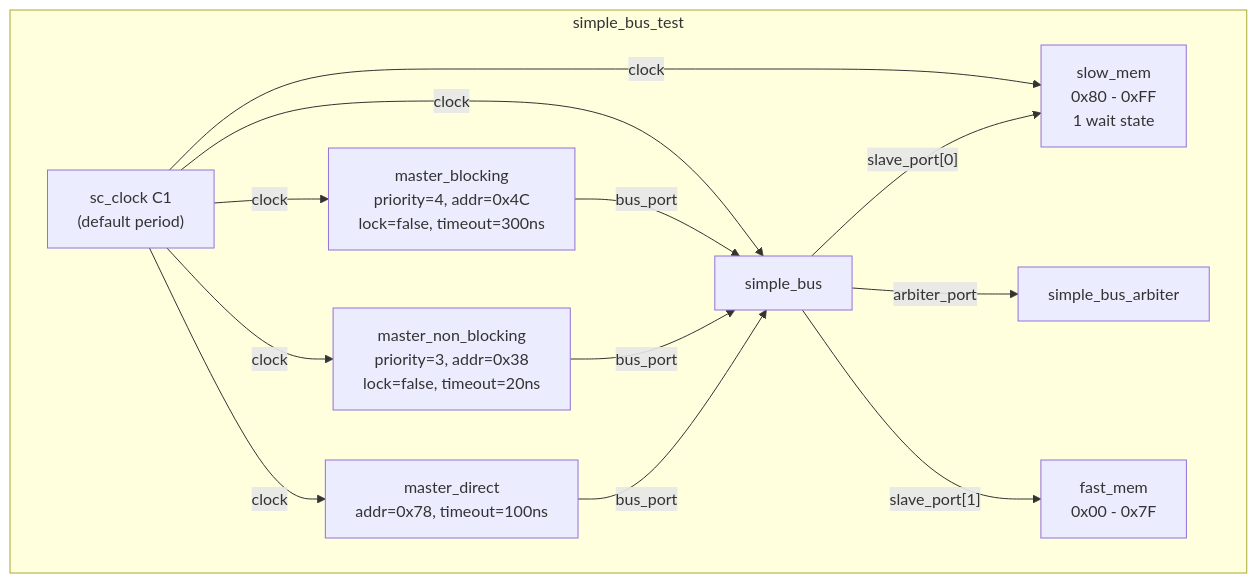
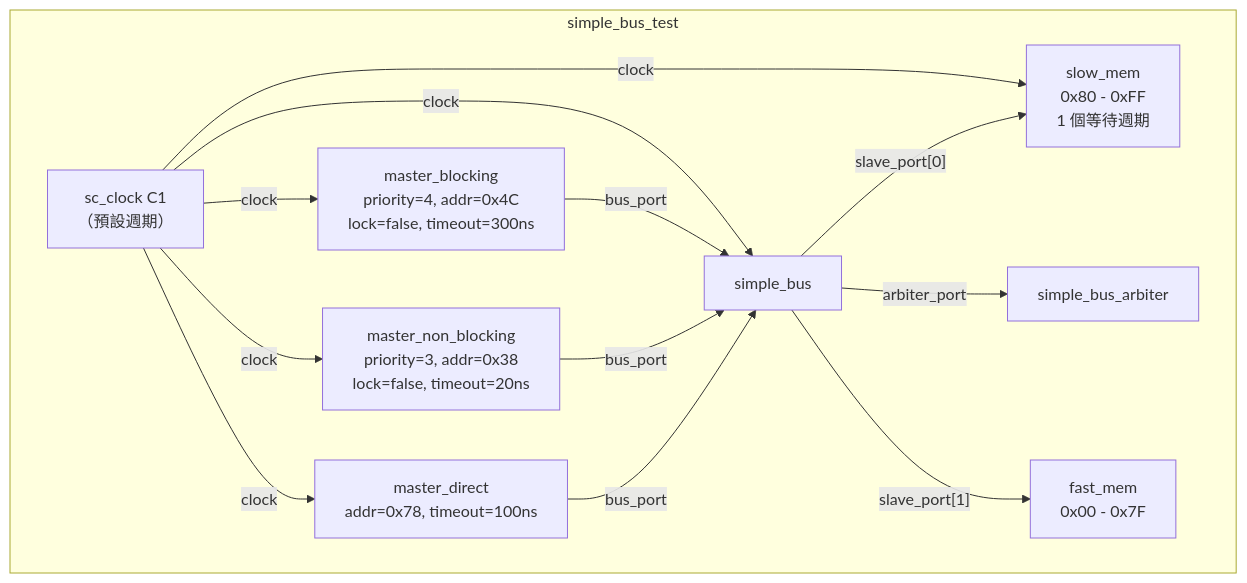
The first of 2 diagrams in doc_v2/examples/code/sysc/simple_bus/main.md (abc1199281lab-cmd/systemc_notes), drawn with Mermaid before and after one commit. The commit also changed other lines of this file and 8 other files, not shown here.

````diff
--- a/doc_v2/examples/code/sysc/simple_bus/main.md
+++ b/doc_v2/examples/code/sysc/simple_bus/main.md
@@ -33,30 +33,30 @@
 ```mermaid
 graph TB
     subgraph simple_bus_test
-        CLK["sc_clock C1<br/>(default period)"]
+        CLK["sc_clock C1<br/>（預設週期）"]
 
         MB["master_blocking<br/>priority=4, addr=0x4C<br/>lock=false, timeout=300ns"]
         MNB["master_non_blocking<br/>priority=3, addr=0x38<br/>lock=false, timeout=20ns"]
         MD["master_direct<br/>addr=0x78, timeout=100ns"]
 
         BUS["simple_bus"]
         ARB["simple_bus_arbiter"]
 
         FMEM["fast_mem<br/>0x00 - 0x7F"]
-        SMEM["slow_mem<br/>0x80 - 0xFF<br/>1 wait state"]
+        SMEM["slow_mem<br/>0x80 - 0xFF<br/>1 個等待週期"]
     end
 
     CLK -->|clock| MB
     CLK -->|clock| MNB
     CLK -->|clock| MD
     CLK -->|clock| BUS
     CLK -->|clock| SMEM
 
     MB -->|"bus_port"| BUS
     MNB -->|"bus_port"| BUS
     MD -->|"bus_port"| BUS
 
     BUS -->|"arbiter_port"| ARB
     BUS -->|"slave_port[0]"| SMEM
     BUS -->|"slave_port[1]"| FMEM
 ```
````
